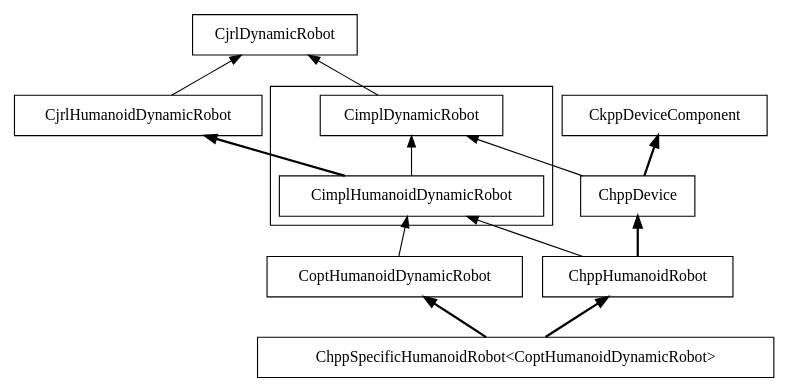
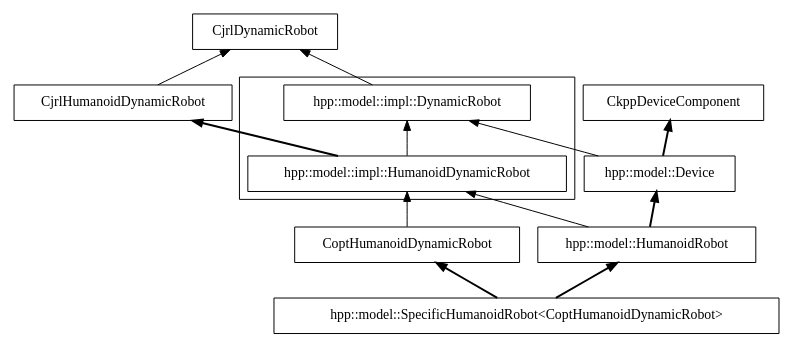
One commit to pFernbach/hpp-model changed the diagram in doc/figures/classDiagramHumanoid.dot. Above: the diagram before and after it, drawn with Graphviz. The commit also changed 31 other files, not shown here.

```diff
--- a/doc/figures/classDiagramHumanoid.dot
+++ b/doc/figures/classDiagramHumanoid.dot
@@ -1,29 +1,29 @@
 digraph CD  {
 	size = "8,15"
 	rankdir = BT
 	compound=true
 	CjrlDynamicRobot [shape = box] 
 	CjrlHumanoidDynamicRobot [shape = box] 
 	CjrlHumanoidDynamicRobot -> CjrlDynamicRobot;
 	CkppDeviceComponent [shape = box]
-	"ChppDevice" [shape = box]
-	"ChppSpecificHumanoidRobot<CoptHumanoidDynamicRobot>" [shape = box]
-	"ChppDevice" -> CkppDeviceComponent [style = bold]
-	"ChppDevice" -> CimplDynamicRobot
-	"ChppSpecificHumanoidRobot<CoptHumanoidDynamicRobot>" -> "ChppHumanoidRobot" [style = bold]
-	"ChppSpecificHumanoidRobot<CoptHumanoidDynamicRobot>" -> CoptHumanoidDynamicRobot [style = bold]
+	"hpp::model::Device" [shape = box]
+	"hpp::model::SpecificHumanoidRobot<CoptHumanoidDynamicRobot>" [shape = box]
+	"hpp::model::Device" -> CkppDeviceComponent [style = bold]
+	"hpp::model::Device" -> "hpp::model::impl::DynamicRobot"
+	"hpp::model::SpecificHumanoidRobot<CoptHumanoidDynamicRobot>" -> "hpp::model::HumanoidRobot" [style = bold]
+	"hpp::model::SpecificHumanoidRobot<CoptHumanoidDynamicRobot>" -> "CoptHumanoidDynamicRobot" [style = bold]
 	"CoptHumanoidDynamicRobot" [shape = box]
-	"CoptHumanoidDynamicRobot" -> CimplHumanoidDynamicRobot 
+	"CoptHumanoidDynamicRobot" -> "hpp::model::impl::HumanoidDynamicRobot"
 
-	"ChppHumanoidRobot" [shape = box]
-	"ChppHumanoidRobot" -> "ChppDevice" [style = bold]
-	"ChppHumanoidRobot" -> CimplHumanoidDynamicRobot 
+	"hpp::model::HumanoidRobot" [shape = box]
+	"hpp::model::HumanoidRobot" -> "hpp::model::Device" [style = bold]
+	"hpp::model::HumanoidRobot" -> "hpp::model::impl::HumanoidDynamicRobot" 
 
 	subgraph cluster0 {
-		CimplDynamicRobot [shape = box] 
-		CimplHumanoidDynamicRobot [shape = box]
+		"hpp::model::impl::DynamicRobot" [shape = box] 
+		"hpp::model::impl::HumanoidDynamicRobot" [shape = box]
 	}
-	CimplDynamicRobot -> CjrlDynamicRobot
-	CimplHumanoidDynamicRobot -> CjrlHumanoidDynamicRobot [style = bold]
-	CimplHumanoidDynamicRobot -> CimplDynamicRobot
+	"hpp::model::impl::DynamicRobot" -> "CjrlDynamicRobot"
+	"hpp::model::impl::HumanoidDynamicRobot" -> "CjrlHumanoidDynamicRobot" [style = bold]
+	"hpp::model::impl::HumanoidDynamicRobot" -> "hpp::model::impl::DynamicRobot"
 }
```
